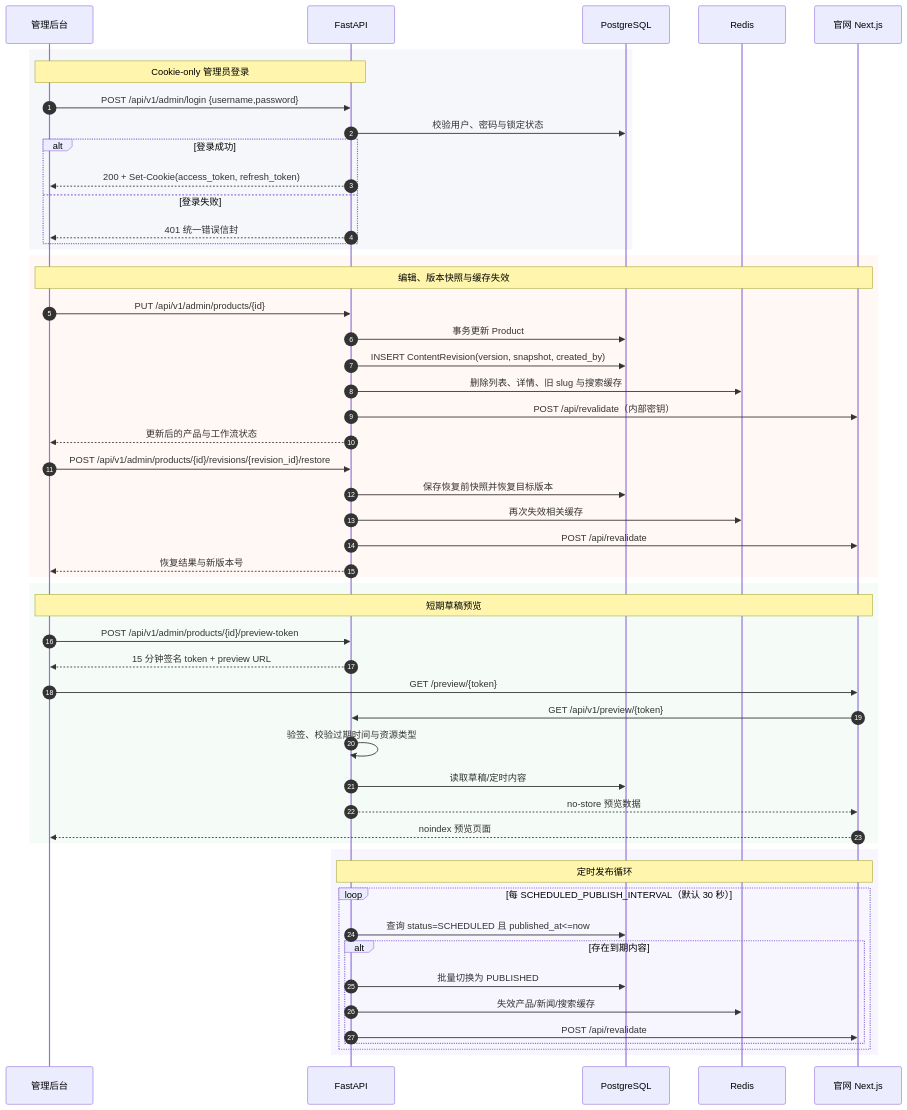
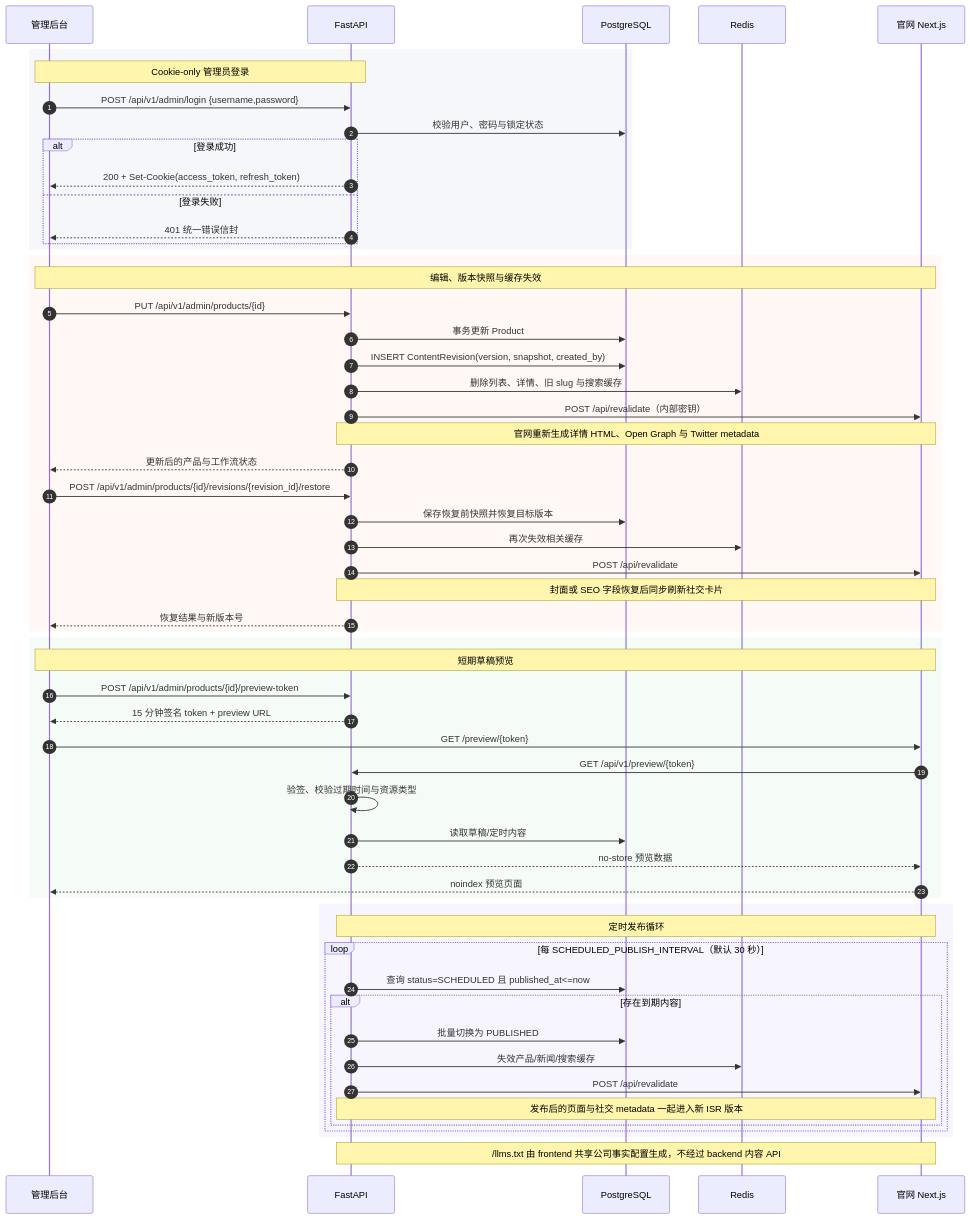
Before and after one commit to zengbbxx11/full-stack-songdian: the diagram in backend/docs/sequence-diagram.mermaid, drawn with Mermaid. The commit also changed 80 other files, not shown here.

Commit message:
feat(frontend): complete website brand SEO GEO and media upgrades

```diff
--- a/backend/docs/sequence-diagram.mermaid
+++ b/backend/docs/sequence-diagram.mermaid
@@ -1,58 +1,63 @@
 sequenceDiagram
     autonumber
     participant A as 管理后台
     participant API as FastAPI
     participant DB as PostgreSQL
     participant R as Redis
     participant F as 官网 Next.js
 
     rect rgb(245, 247, 250)
         Note over A,API: Cookie-only 管理员登录
         A->>API: POST /api/v1/admin/login {username,password}
         API->>DB: 校验用户、密码与锁定状态
         alt 登录成功
             API-->>A: 200 + Set-Cookie(access_token, refresh_token)
         else 登录失败
             API-->>A: 401 统一错误信封
         end
     end
 
     rect rgb(255, 248, 245)
         Note over A,F: 编辑、版本快照与缓存失效
         A->>API: PUT /api/v1/admin/products/{id}
         API->>DB: 事务更新 Product
         API->>DB: INSERT ContentRevision(version, snapshot, created_by)
         API->>R: 删除列表、详情、旧 slug 与搜索缓存
         API->>F: POST /api/revalidate（内部密钥）
+        Note over API,F: 官网重新生成详情 HTML、Open Graph 与 Twitter metadata
         API-->>A: 更新后的产品与工作流状态
 
         A->>API: POST /api/v1/admin/products/{id}/revisions/{revision_id}/restore
         API->>DB: 保存恢复前快照并恢复目标版本
         API->>R: 再次失效相关缓存
         API->>F: POST /api/revalidate
+        Note over API,F: 封面或 SEO 字段恢复后同步刷新社交卡片
         API-->>A: 恢复结果与新版本号
     end
 
     rect rgb(245, 252, 247)
         Note over A,F: 短期草稿预览
         A->>API: POST /api/v1/admin/products/{id}/preview-token
         API-->>A: 15 分钟签名 token + preview URL
         A->>F: GET /preview/{token}
         F->>API: GET /api/v1/preview/{token}
         API->>API: 验签、校验过期时间与资源类型
         API->>DB: 读取草稿/定时内容
         API-->>F: no-store 预览数据
         F-->>A: noindex 预览页面
     end
 
     rect rgb(247, 246, 255)
         Note over API,F: 定时发布循环
         loop 每 SCHEDULED_PUBLISH_INTERVAL（默认 30 秒）
             API->>DB: 查询 status=SCHEDULED 且 published_at<=now
             alt 存在到期内容
                 API->>DB: 批量切换为 PUBLISHED
                 API->>R: 失效产品/新闻/搜索缓存
                 API->>F: POST /api/revalidate
+                Note over API,F: 发布后的页面与社交 metadata 一起进入新 ISR 版本
             end
         end
     end
+
+    Note over API,F: /llms.txt 由 frontend 共享公司事实配置生成，不经过 backend 内容 API
```
